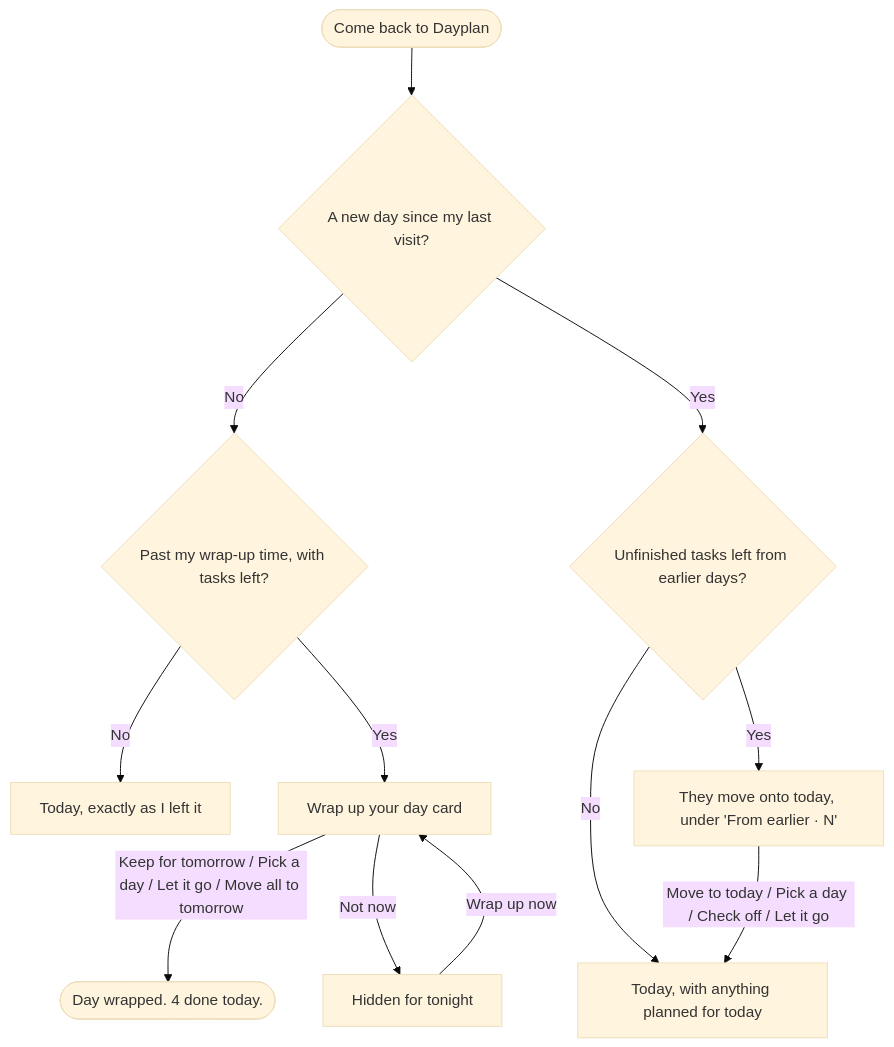
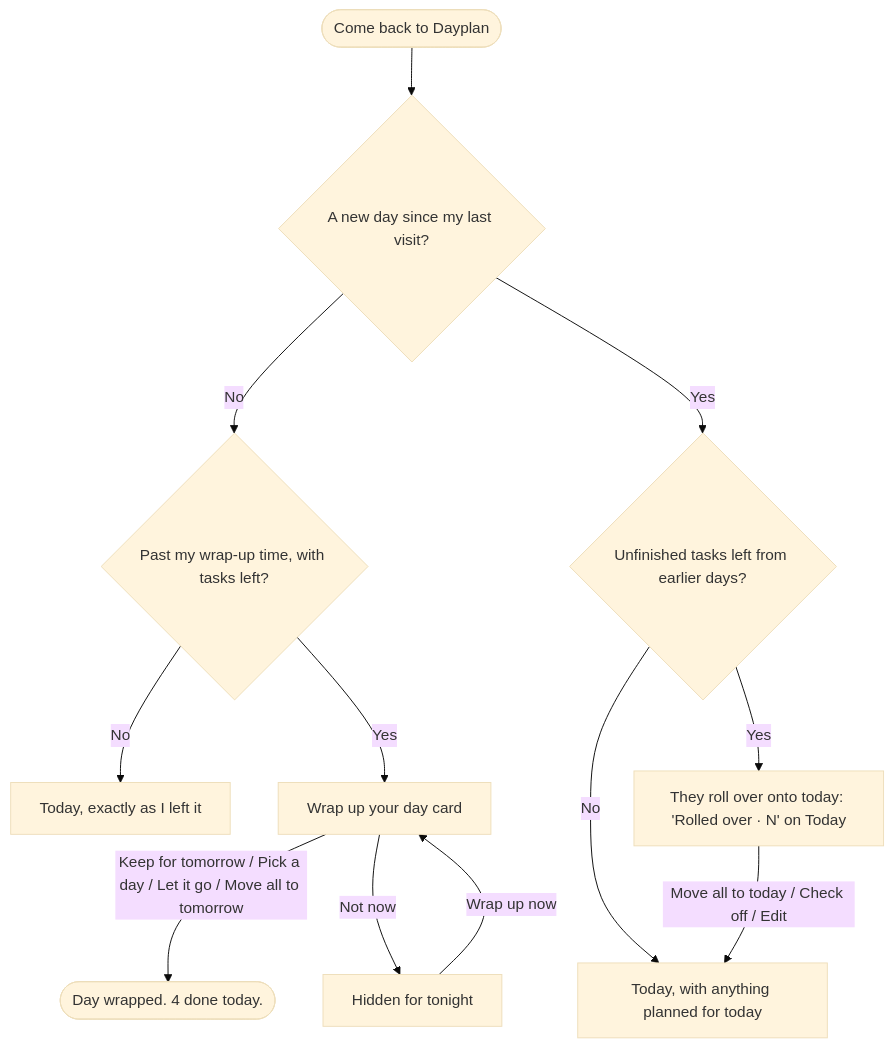
Before and after one commit to neilpandya01/hw3-dbs: the third of 3 diagrams in flows.md, drawn with Mermaid (base theme). The commit also changed other lines of this file and 10 other files, not shown here.

````diff
--- a/flows.md
+++ b/flows.md
@@ -196,14 +196,14 @@
 ```mermaid
 flowchart TD
   A([Come back to Dayplan]) --> B{A new day since my last visit?}
   B -- No --> C{Past my wrap-up time, with tasks left?}
   C -- No --> T[Today, exactly as I left it]
   C -- Yes --> W[Wrap up your day card]
   W -- Keep for tomorrow / Pick a day / Let it go / Move all to tomorrow --> X(["Day wrapped. 4 done today."])
   W -- Not now --> N[Hidden for tonight]
   N -- Wrap up now --> W
   B -- Yes --> E{Unfinished tasks left from earlier days?}
   E -- No --> P[Today, with anything planned for today]
-  E -- Yes --> F["They move onto today, under 'From earlier · N'"]
-  F -- Move to today / Pick a day / Check off / Let it go --> P
+  E -- Yes --> F["They roll over onto today: 'Rolled over · N' on Today"]
+  F -- Move all to today / Check off / Edit --> P
 ```
````
